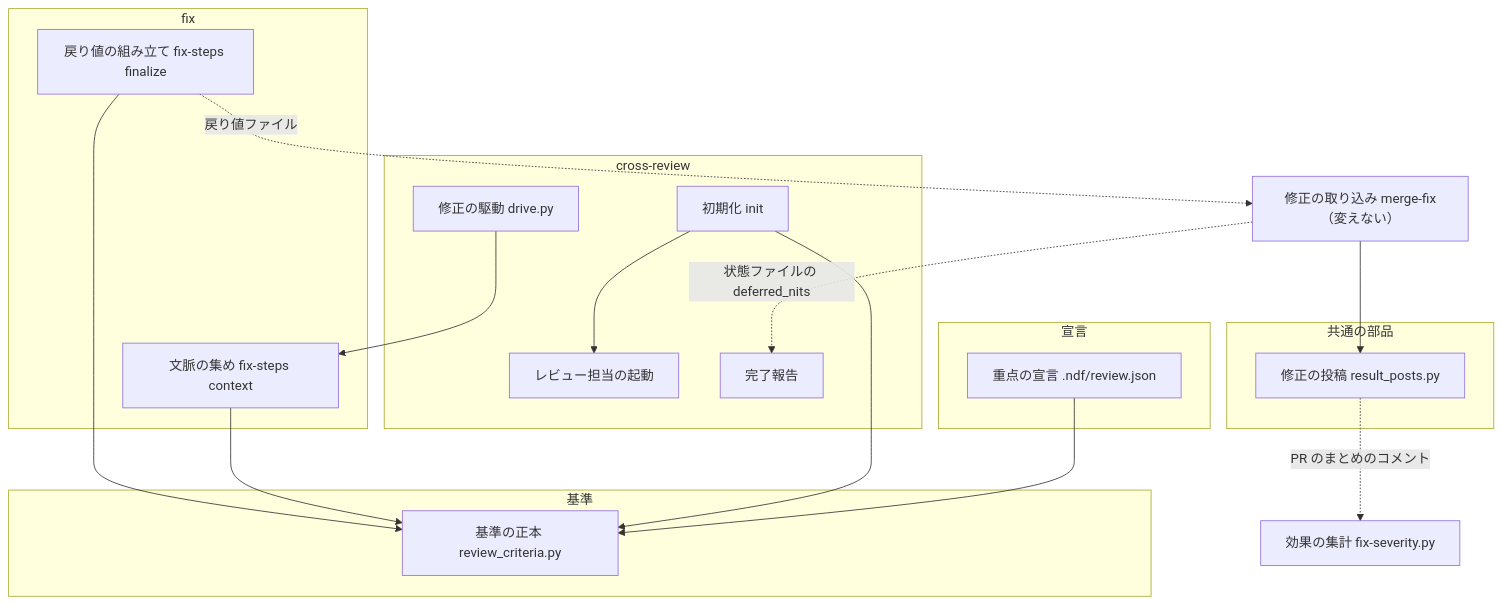
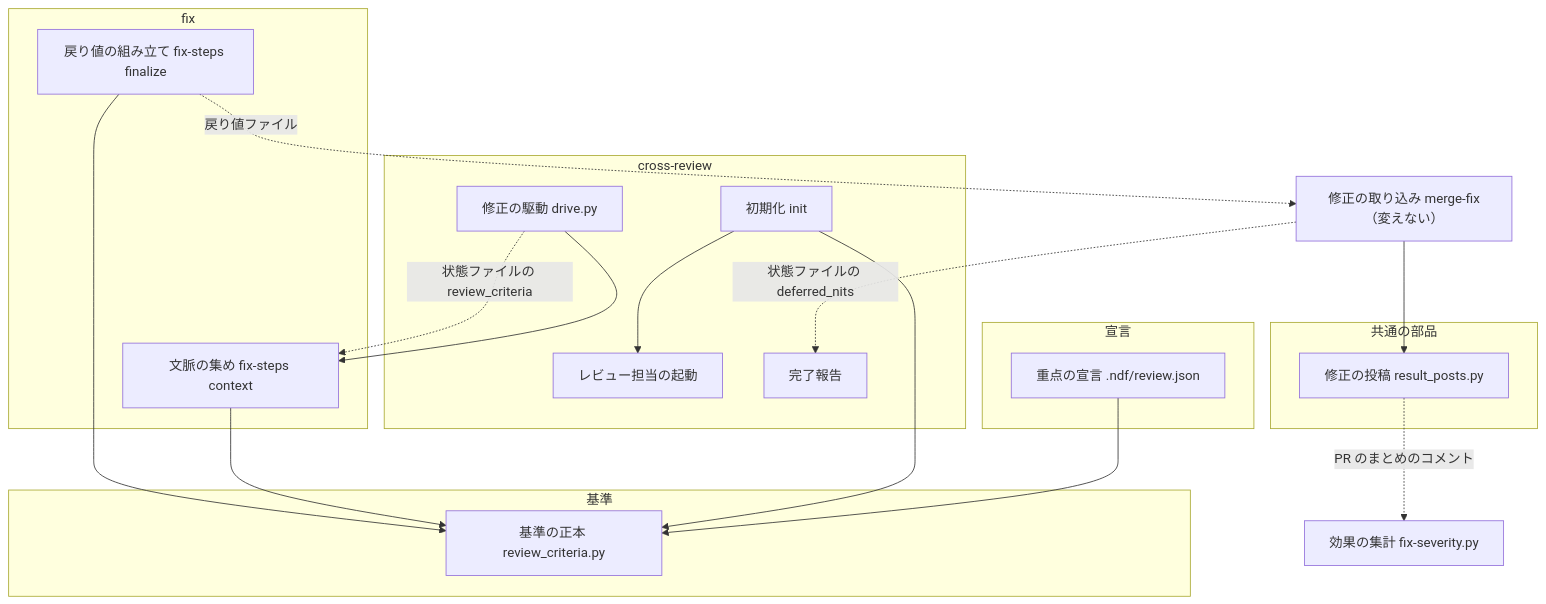
One commit to devbasex/ai-plugins changed the first of 4 diagrams in issues/issue-1287-design.md. Above: the diagram before and after it, drawn with Mermaid. The commit also changed other lines of this file and 2 other files, not shown here.

````diff
--- a/issues/issue-1287-design.md
+++ b/issues/issue-1287-design.md
@@ -102,34 +109,35 @@
 ```mermaid
 graph TD
     subgraph 宣言
         DECL[重点の宣言 .ndf/review.json]
     end
     subgraph 基準
         CRIT[基準の正本 review_criteria.py]
     end
     subgraph cross-review
         INIT[初期化 init]
         LAUNCH[レビュー担当の起動]
         DRIVE[修正の駆動 drive.py]
         REPORT[完了報告]
     end
     subgraph fix
         CTX[文脈の集め fix-steps context]
         FIN[戻り値の組み立て fix-steps finalize]
     end
     subgraph 共通の部品
         POSTS[修正の投稿 result_posts.py]
     end
     MERGE[修正の取り込み merge-fix（変えない）]
     MEASURE[効果の集計 fix-severity.py]
     DECL --> CRIT
     INIT --> CRIT
     INIT --> LAUNCH
     CTX --> CRIT
     FIN --> CRIT
     DRIVE --> CTX
+    DRIVE -. 状態ファイルの review_criteria .-> CTX
     FIN -. 戻り値ファイル .-> MERGE
     MERGE --> POSTS
     MERGE -. 状態ファイルの deferred_nits .-> REPORT
     POSTS -. PR のまとめのコメント .-> MEASURE
 ```
````
